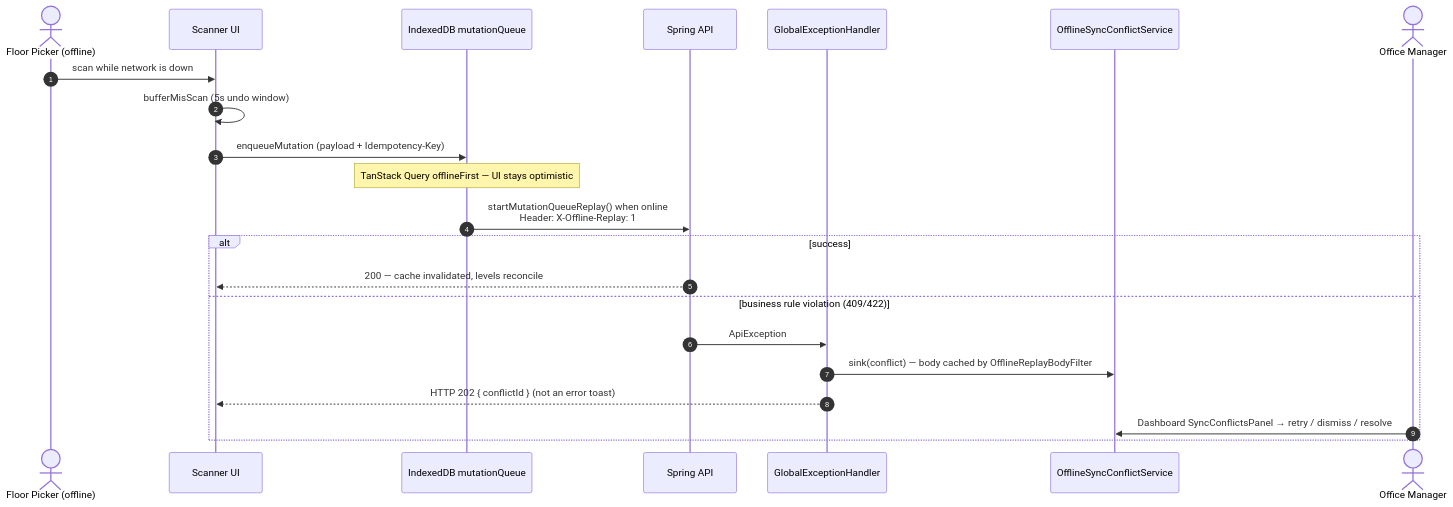
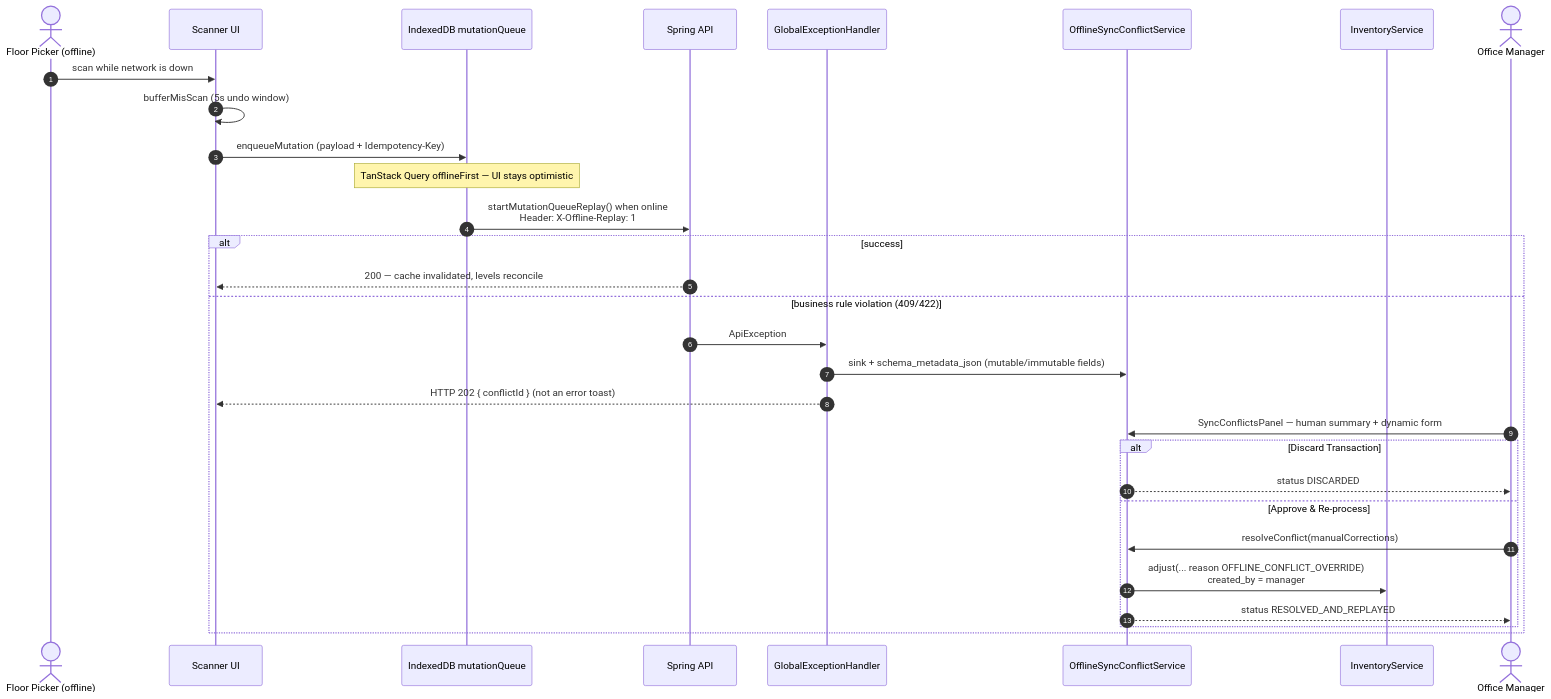
Before and after one commit to wegrowstockgit-web/wegrowstock: diagram 28 of 38 in SEQUENCE_FLOW.md, drawn with Mermaid. The commit also changed other lines of this file and 35 other files, not shown here.

First line of the commit message:
Enhance offline sync conflict handling and introduce new resolution features

````diff
--- a/SEQUENCE_FLOW.md
+++ b/SEQUENCE_FLOW.md
@@ -828,25 +828,33 @@
 ```mermaid
 sequenceDiagram
     autonumber
     actor Picker as Floor Picker (offline)
     participant UI as Scanner UI
     participant IDB as IndexedDB mutationQueue
     participant API as Spring API
     participant GEH as GlobalExceptionHandler
     participant Con as OfflineSyncConflictService
+    participant Inv as InventoryService
     actor Office as Office Manager
 
     Picker->>UI: scan while network is down
     UI->>UI: bufferMisScan (5s undo window)
     UI->>IDB: enqueueMutation (payload + Idempotency-Key)
     Note over IDB: TanStack Query offlineFirst — UI stays optimistic
     IDB->>API: startMutationQueueReplay() when online<br/>Header: X-Offline-Replay: 1
     alt success
         API-->>UI: 200 — cache invalidated, levels reconcile
     else business rule violation (409/422)
         API->>GEH: ApiException
-        GEH->>Con: sink(conflict) — body cached by OfflineReplayBodyFilter
+        GEH->>Con: sink + schema_metadata_json (mutable/immutable fields)
         GEH-->>UI: HTTP 202 { conflictId } (not an error toast)
-        Office->>Con: Dashboard SyncConflictsPanel → retry / dismiss / resolve
+        Office->>Con: SyncConflictsPanel — human summary + dynamic form
+        alt Discard Transaction
+            Con-->>Office: status DISCARDED
+        else Approve & Re-process
+            Office->>Con: resolveConflict(manualCorrections)
+            Con->>Inv: adjust(... reason OFFLINE_CONFLICT_OVERRIDE)<br/>created_by = manager
+            Con-->>Office: status RESOLVED_AND_REPLAYED
+        end
     end
 ```
````
